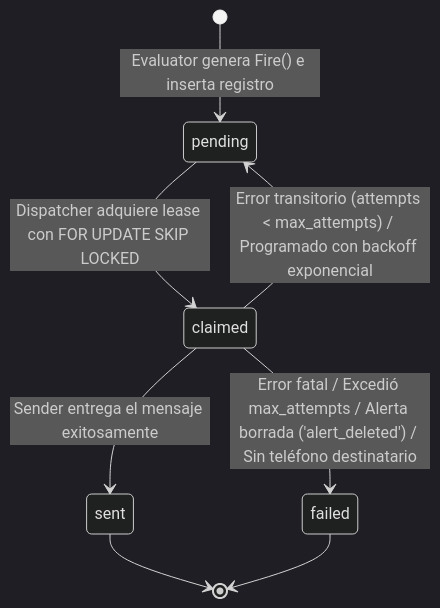
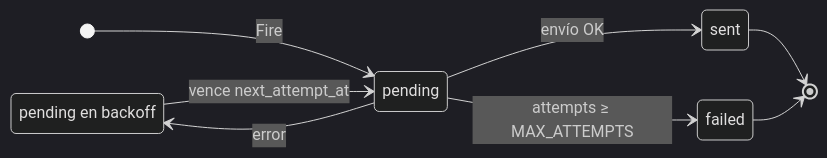
Before and after one commit to MartinMGomezVega/fielddata-challenge-backend: the third of 3 diagrams in README.md, drawn with Mermaid (dark theme). The commit also changed other lines of this file, not shown here.

Commit message:
docs: update README with comprehensive setup guide, API reference, and architecture workflows

````diff
--- a/README.md
+++ b/README.md
@@ -71,12 +198,12 @@
 ```mermaid
 stateDiagram-v2
-    [*] --> pending: Evaluator genera Fire() e inserta registro
-
-    pending --> claimed: Dispatcher adquiere lease con FOR UPDATE SKIP LOCKED
-    claimed --> sent: Sender entrega el mensaje exitosamente
-    claimed --> pending: Error transitorio (attempts < max_attempts) / Programado con backoff exponencial
-    claimed --> failed: Error fatal / Excedió max_attempts / Alerta borrada ('alert_deleted') / Sin teléfono destinatario
-
+    direction LR
+    state "pending en backoff" as backoff
+    [*] --> pending: Fire
+    pending --> sent: envío OK
+    pending --> backoff: error
+    backoff --> pending: vence next_attempt_at
+    pending --> failed: attempts ≥ MAX_ATTEMPTS
     sent --> [*]
     failed --> [*]
 ```
````
